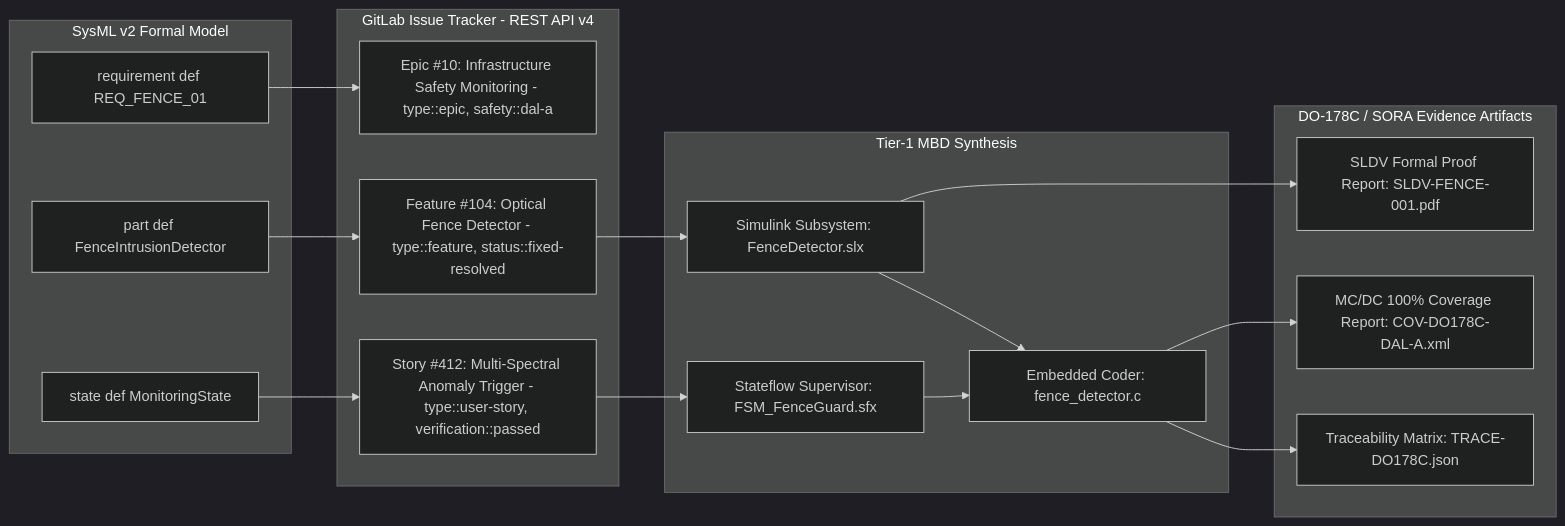
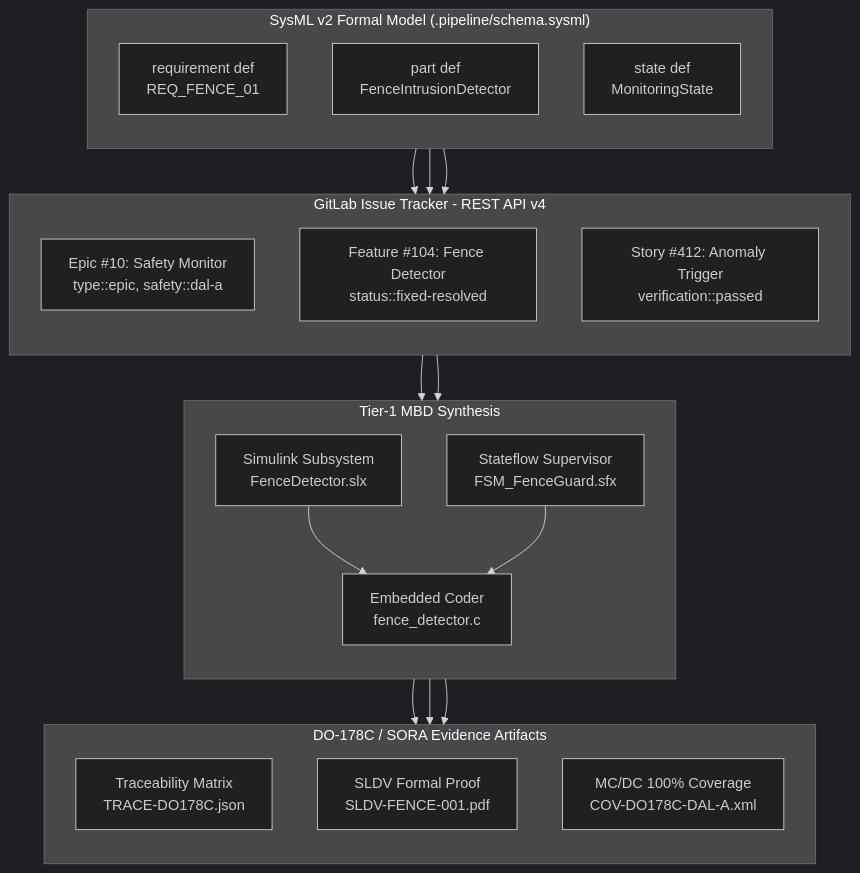
One commit to gintatkinson/DEAP01-spec-core changed the ninth of 19 diagrams in docs/architecture/blueprints/MULTI_PROVIDER_GITLAB_INFRASTRUCTURE_ARCHITECTURE.md. Above: the diagram before and after it, drawn with Mermaid (dark theme). The commit also changed other lines of this file and 28 other files, not shown here.

````diff
--- a/docs/architecture/blueprints/MULTI_PROVIDER_GITLAB_INFRASTRUCTURE_ARCHITECTURE.md
+++ b/docs/architecture/blueprints/MULTI_PROVIDER_GITLAB_INFRASTRUCTURE_ARCHITECTURE.md
@@ -734,39 +663,43 @@
 ```mermaid
-flowchart LR
-    subgraph SysML_Model ["SysML v2 Formal Model"]
-        SysML_Req["requirement def REQ_FENCE_01"]
-        SysML_Part["part def FenceIntrusionDetector"]
-        SysML_State["state def MonitoringState"]
+flowchart TD
+    subgraph SysML_Model ["SysML v2 Formal Model (.pipeline/schema.sysml)"]
+        direction TB
+        SysML_Req["requirement def<br/>REQ_FENCE_01"]
+        SysML_Part["part def<br/>FenceIntrusionDetector"]
+        SysML_State["state def<br/>MonitoringState"]
     end
 
     subgraph GitLab_Issues ["GitLab Issue Tracker - REST API v4"]
-        GL_Epic["Epic #10: Infrastructure Safety Monitoring - type::epic, safety::dal-a"]
-        GL_Feat["Feature #104: Optical Fence Detector - type::feature, status::fixed-resolved"]
-        GL_Story["Story #412: Multi-Spectral Anomaly Trigger - type::user-story, verification::passed"]
+        direction TB
+        GL_Epic["Epic #10: Safety Monitor<br/>type::epic, safety::dal-a"]
+        GL_Feat["Feature #104: Fence Detector<br/>status::fixed-resolved"]
+        GL_Story["Story #412: Anomaly Trigger<br/>verification::passed"]
     end
 
     subgraph MBD_Toolchain ["Tier-1 MBD Synthesis"]
-        SLX_Block["Simulink Subsystem: FenceDetector.slx"]
-        SF_Chart["Stateflow Supervisor: FSM_FenceGuard.sfx"]
-        Generated_C["Embedded Coder: fence_detector.c"]
+        direction TB
+        SLX_Block["Simulink Subsystem<br/>FenceDetector.slx"]
+        SF_Chart["Stateflow Supervisor<br/>FSM_FenceGuard.sfx"]
+        Generated_C["Embedded Coder<br/>fence_detector.c"]
     end
 
     subgraph Certification_Evidence ["DO-178C / SORA Evidence Artifacts"]
-        Trace_Matrix["Traceability Matrix: TRACE-DO178C.json"]
-        SLDV_Report["SLDV Formal Proof Report: SLDV-FENCE-001.pdf"]
-        MCDC_Cov["MC/DC 100% Coverage Report: COV-DO178C-DAL-A.xml"]
+        direction TB
+        Trace_Matrix["Traceability Matrix<br/>TRACE-DO178C.json"]
+        SLDV_Report["SLDV Formal Proof<br/>SLDV-FENCE-001.pdf"]
+        MCDC_Cov["MC/DC 100% Coverage<br/>COV-DO178C-DAL-A.xml"]
     end
 
     SysML_Req --> GL_Epic
     SysML_Part --> GL_Feat
     SysML_State --> GL_Story
 
     GL_Feat --> SLX_Block
     GL_Story --> SF_Chart
     SLX_Block --> Generated_C
     SF_Chart --> Generated_C
 
     Generated_C --> Trace_Matrix
     SLX_Block --> SLDV_Report
     Generated_C --> MCDC_Cov
 ```
````
